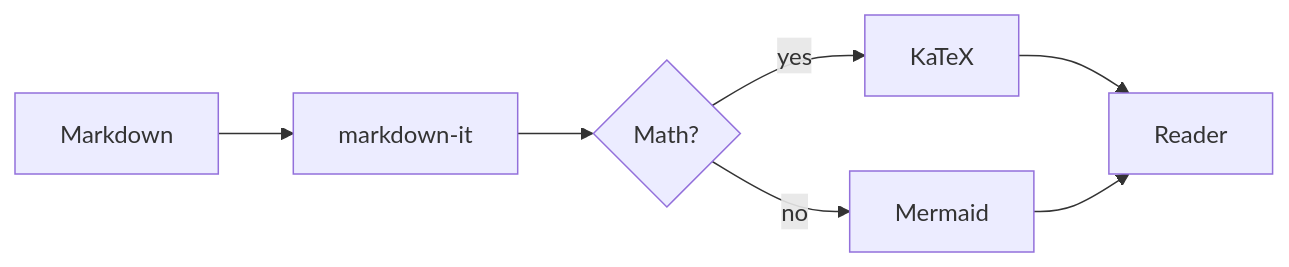
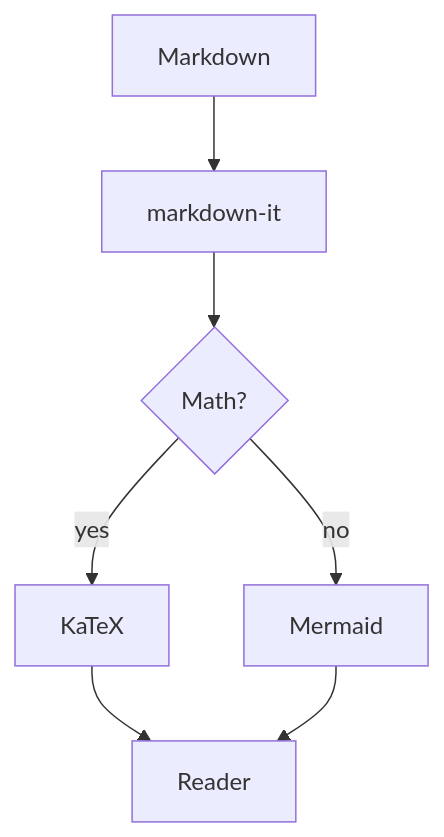
The diagram in tests/fixtures/sample.md (derio-labs/speed-read-fr), drawn with Mermaid before and after one commit. The commit also changed 3 other files, not shown here.

First line of the commit message:
feat(vscode-extension): phase 4 visual capture; tall diagrams fit the exhibit pane

````diff
--- a/tests/fixtures/sample.md
+++ b/tests/fixtures/sample.md
@@ -30,9 +30,9 @@
 ```mermaid
-flowchart LR
+flowchart TD
   A[Markdown] --> B[markdown-it]
   B --> C{Math?}
   C -->|yes| D[KaTeX]
   C -->|no| E[Mermaid]
   D --> F[Reader]
   E --> F
 ```
````
